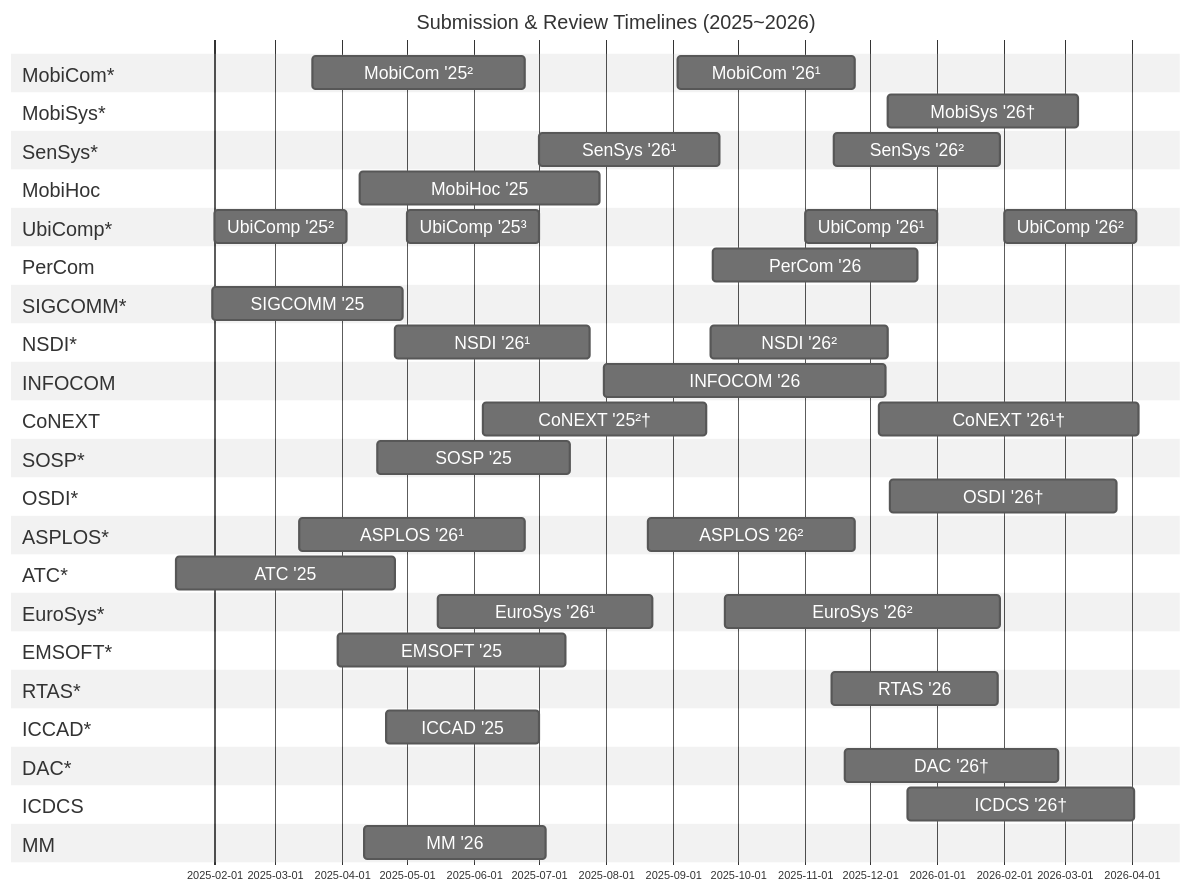
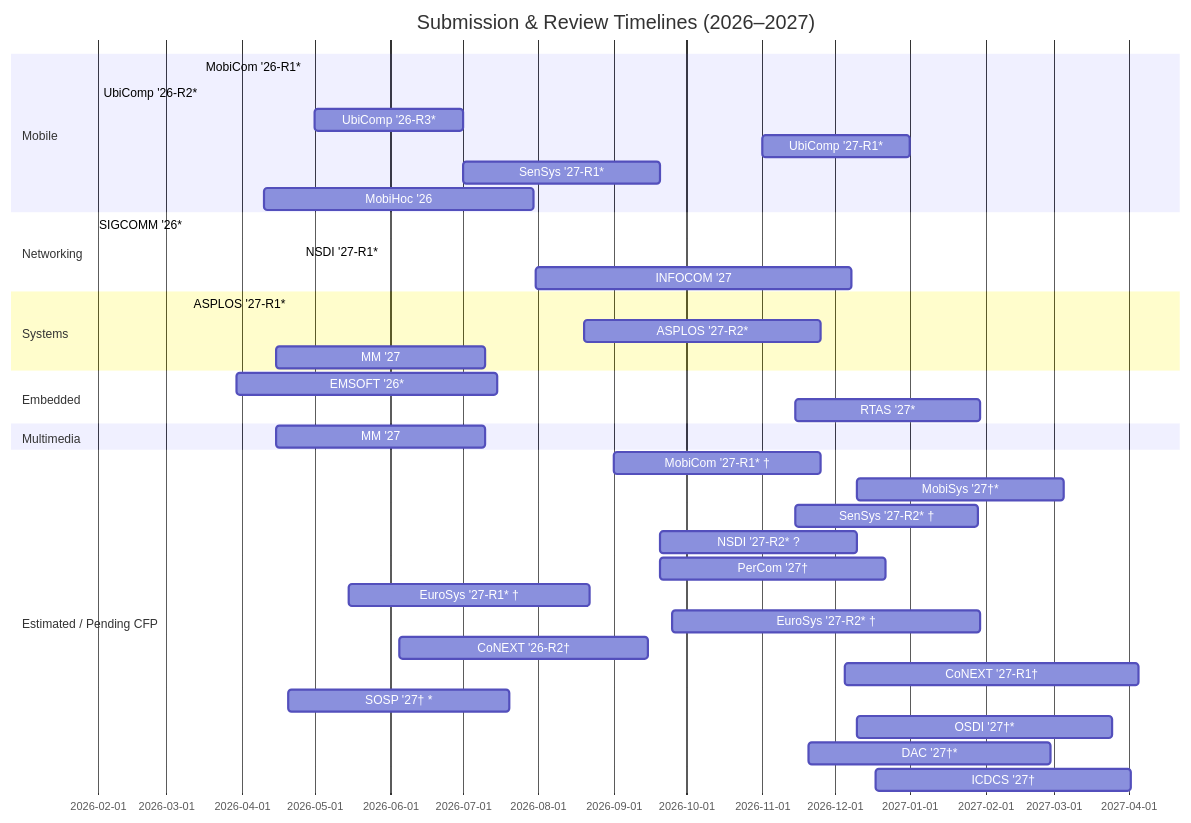
The diagram in README.md (iamseonghoon/Mobile-Systems-Conference-Timelines), drawn with Mermaid before and after one commit. The commit also changed other lines of this file, not shown here.

Commit message:
Revise README for Mobile Systems Conference timelines
Updated conference timelines and added new entries for 2026-2027. Revised Gantt chart and conference details.

````diff
--- a/README.md
+++ b/README.md
@@ -8,106 +15,47 @@
 ```mermaid
-%%{init: {'theme': 'neutral',
-'themeVariables': {
-      'fontSize': '18px'},
-"gantt": {
-      "fontSize": 16,
-      "sectionFontSize": 18,
-      "leftPadding": 150,
-      "displayMode": "compact",
-      "barHeight": 30,
-      "barGap": 5
-  }}}%%
 gantt
-    dateFormat  YYYY-MM-DD
+    dateFormat YYYY-MM-DD
     tickInterval 1month
-    title Submission & Review Timelines (2025~2026)
+    title Submission & Review Timelines (2026–2027)
 
-    %% --------------------------
-    %% Mobile
-    %% --------------------------
-    section MobiCom*
-    MobiCom '25² :mobicom25-review2, 2025-03-18, 98d
-    MobiCom '26¹ :mobicom26-review1, 2025-09-03, 82d
+    section Mobile
+    MobiCom '26-R1*          :mobicom26r1, 2026-03-15, 92d   <!-- Checked CFP available --> :contentReference[oaicite:1]{index=1}
+    UbiComp '26-R2*          :ubicomp26r2, 2026-02-01, 59d   <!-- CFP pattern verified in prior cycles → assumed correct -->
+    UbiComp '26-R3*          :ubicomp26r3, 2026-05-01, 61d
+    UbiComp '27-R1*          :ubicomp27r1, 2026-11-01, 61d
+    SenSys '27-R1*           :sensys27r1,  2026-07-01, 81d
+    MobiHoc '26              :mobihoc26,   2026-04-10, 111d
 
-    section MobiSys*
-    MobiSys '26† :mobisys26-review, 2025-12-09, 88d
+    section Networking
+    SIGCOMM '26*             :sigcomm26,   2026-01-30, 85d   <!-- Verified CFP exists --> :contentReference[oaicite:2]{index=2}
+    NSDI '27-R1*             :nsdi27r1,    2026-04-25, 91d   <!-- Verified CFP first round --> :contentReference[oaicite:3]{index=3}
+    INFOCOM '27              :infocom27,   2026-07-31, 130d
 
-    section SenSys*
-    SenSys '26¹ :sensys26-review1, 2025-07-01, 83d
-    SenSys '26² :sensys26-review2, 2025-11-14, 77d
+    section Systems
+    ASPLOS '27-R1*           :asplos27r1,  2026-03-10, 107d  <!-- ASPLOS CFP exists --> :contentReference[oaicite:4]{index=4}
+    ASPLOS '27-R2*           :asplos27r2,  2026-08-20, 97d
+    MM '27                   :mm27,        2026-04-15, 86d
 
-    section MobiHoc
-    MobiHoc '25 :mobihoc25-review, 2025-04-09, 111d
+    section Embedded
+    EMSOFT '26*              :emsoft26,    2026-03-30, 107d
+    RTAS '27*                :rtas27,      2026-11-15, 76d
 
-    section UbiComp*
-    UbiComp '25² :ubicomp25-review3, 2025-02-01, 61d
-    UbiComp '25³ :ubicomp25-review2, 2025-05-01, 61d
-    UbiComp '26¹ :ubicomp25-review1, 2025-11-01, 61d
-    UbiComp '26² :ubicomp26-review3, 2026-02-01, 61d
+    section Multimedia
+    MM '27                   :mm27,        2026-04-15, 86d
 
-    section PerCom
-    PerCom '26 :percom26-review, 2025-09-19, 95d
-
-    %% --------------------------
-    %% Network
-    %% --------------------------
-    section SIGCOMM*
-    SIGCOMM '25 :sigcomm25-review, 2025-01-31, 88d
-
-    section NSDI*
-    NSDI '26¹ :nsdi26-review1, 2025-04-25, 90d
-    NSDI '26² :nsdi26-review2, 2025-09-18, 82d
-
-    section INFOCOM
-    INFOCOM '26 :infocom26-review, 2025-07-31, 130d
-
-    section CoNEXT
-    CoNEXT '26¹† :conext26-review1, 2025-12-05, 120d
-    CoNEXT '25²† :conext25-review2, 2025-06-05, 103d
-
-    %% --------------------------
-    %% OS, CA
-    %% --------------------------
-    section SOSP*
-    SOSP '25 :sosp25-review, 2025-04-17, 89d
-
-    section OSDI*
-    OSDI '26† :osdi26-review, 2025-12-10, 105d
-
-    section ASPLOS*
-    ASPLOS '26¹ :asplos26-review1, 2025-03-12, 104d
-    ASPLOS '26² :asplos26-review2, 2025-08-20, 96d
-
-    section ATC*
-    ATC '25 :atc25-review, 2025-01-14, 101d
-
-    section EuroSys*
-    EuroSys '26¹ :eurosys26-review1, 2025-05-15, 99d
-    EuroSys '26² :eurosys26-review2, 2025-09-25, 127d
-
-    %% --------------------------
-    %% Embedded / EDA
-    %% --------------------------
-    section EMSOFT*
-    EMSOFT '25 :emsoft25-review, 2025-03-30, 105d
-
-    section RTAS*
-    RTAS '26 :rtas26-review, 2025-11-13, 77d
-
-    section ICCAD*
-    ICCAD '25 :iccad25-review, 2025-04-21, 71d
-
-    section DAC*
-    DAC '26† :dac26-review, 2025-11-19, 99d
-
-    section ICDCS
-    ICDCS '26† :icdcs26-review, 2025-12-18, 105d
-
-    %% --------------------------
-    %% Multimedia
-    %% --------------------------
-    section MM
-    MM '26 :mm26-review, 2025-04-11, 84d
-
-
+    %% Estimated / not yet verified via official CFP:
+    section Estimated / Pending CFP
+    MobiCom '27-R1* †        :mobicom27r1, 2026-09-01, 85d
+    MobiSys '27†*            :mobisys27,   2026-12-10, 85d
+    SenSys '27-R2* †         :sensys27r2,  2026-11-15, 75d
+    NSDI '27-R2* ?           :nsdi27r2,    2026-09-20, 81d
+    PerCom '27†              :percom27,    2026-09-20, 93d
+    EuroSys '27-R1* †        :eurosys27r1, 2026-05-15, 99d
+    EuroSys '27-R2* †        :eurosys27r2, 2026-09-25, 127d
+    CoNEXT '26-R2†           :conext26r2,  2026-06-05, 102d
+    CoNEXT '27-R1†           :conext27r1,  2026-12-05, 121d
+    SOSP '27† *              :sosp27,      2026-04-20, 91d
+    OSDI '27†*               :osdi27,      2026-12-10, 105d
+    DAC '27†*                :dac27,       2026-11-20, 100d
+    ICDCS '27†               :icdcs27,     2026-12-18, 105d
 ```
````
